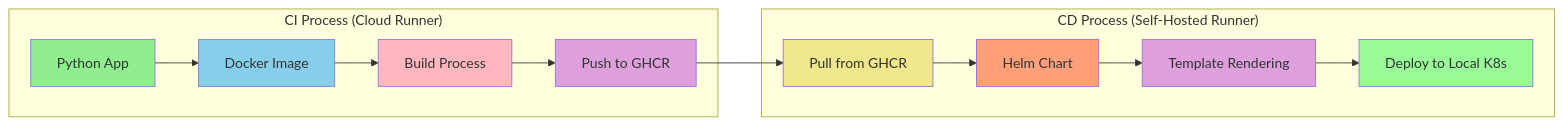
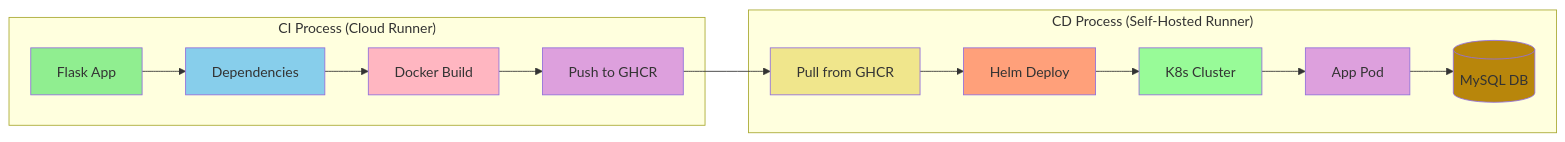
The diagram in README.md (dvirmoyal/world-of-game), drawn with Mermaid before and after one commit. The commit also changed other lines of this file and 15 other files, not shown here.

````diff
--- a/README.md
+++ b/README.md
@@ -7,24 +9,32 @@
 ```mermaid
 graph LR;
     subgraph "CI Process (Cloud Runner)"
-        A[Python App] --> B[Docker Image]
-        B --> C[Build Process]
+
+        A[Flask App] --> B[Dependencies]
+        B --> C[Docker Build]
         C --> D[Push to GHCR]
+        
+
         style A fill:#90EE90
         style B fill:#87CEEB
         style C fill:#FFB6C1
         style D fill:#DDA0DD
     end
 
     subgraph "CD Process (Self-Hosted Runner)"
-        E[Pull from GHCR] --> F[Helm Chart]
-        F --> G[Template Rendering]
-        G --> H[Deploy to Local K8s]
+
+        E[Pull from GHCR] --> F[Helm Deploy]
+        F --> G[K8s Cluster]
+        G --> H[App Pod]
+        H --> I[(MySQL DB)]
+        
         style E fill:#F0E68C
         style F fill:#FFA07A
-        style G fill:#DDA0DD
-        style H fill:#98FB98
+        style G fill:#98FB98
+        style H fill:#DDA0DD
+        style I fill:#B8860B
+
     end
 
     D --> E
 ```
````
